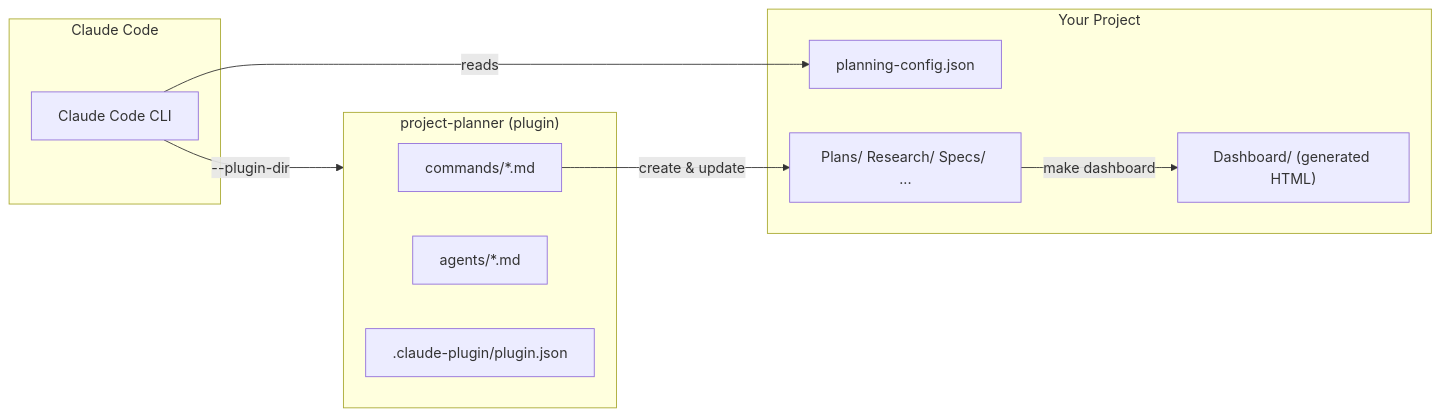
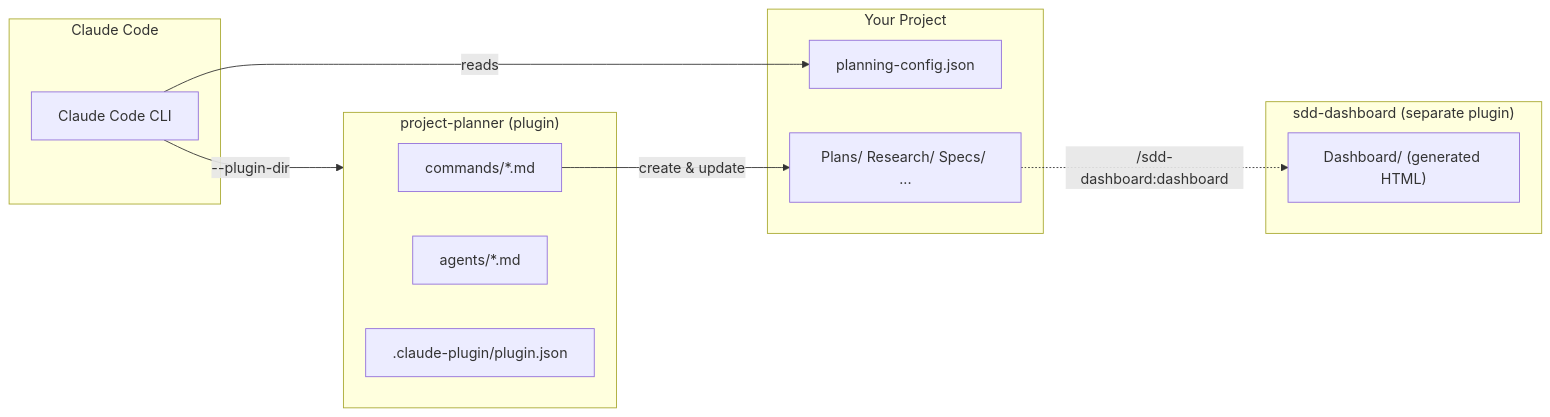
The first of 5 diagrams in README.md (danweinerdev/claude-project-planner), drawn with Mermaid before and after one commit. The commit also changed other lines of this file and 29 other files, not shown here.

First line of the commit message:
Extract dashboard subsystem to sdd-dashboard companion plugin

````diff
--- a/README.md
+++ b/README.md
@@ -9,23 +11,26 @@
 ```mermaid
 graph LR
     subgraph Plugin ["project-planner (plugin)"]
         commands["commands/*.md"]
         agents["agents/*.md"]
         manifest[".claude-plugin/plugin.json"]
     end
 
     subgraph Claude ["Claude Code"]
         CC[Claude Code CLI]
     end
 
     subgraph Project ["Your Project"]
         config["planning-config.json"]
         artifacts["Plans/ Research/ Specs/ ..."]
-        dashboard["Dashboard/ (generated HTML)"]
+    end
+
+    subgraph Optional ["sdd-dashboard (separate plugin)"]
+        dash["Dashboard/ (generated HTML)"]
     end
 
     CC -->|--plugin-dir| Plugin
     CC -->|reads| config
     commands -->|create & update| artifacts
-    artifacts -->|make dashboard| dashboard
+    artifacts -. "/sdd-dashboard:dashboard" .-> dash
 ```
````
